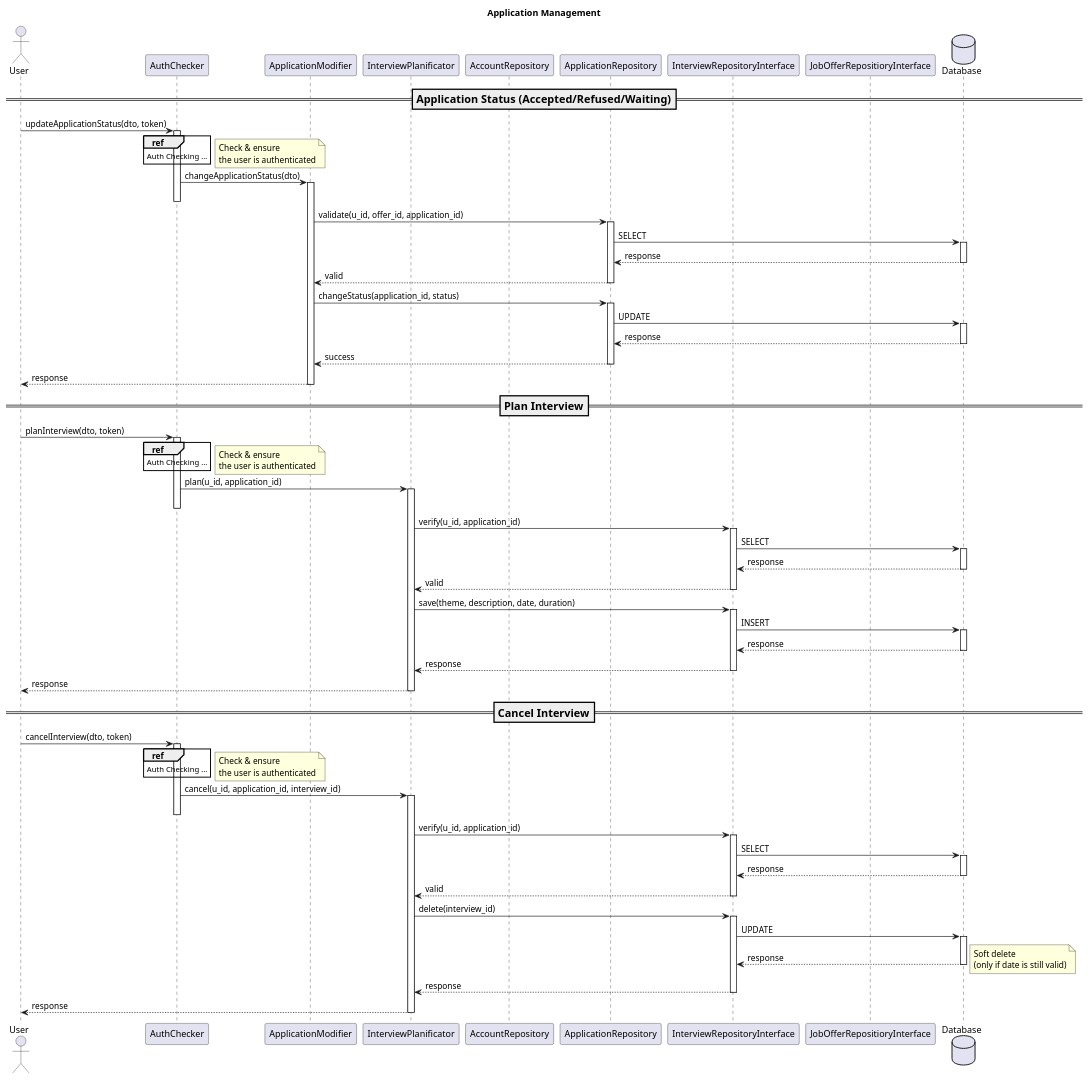
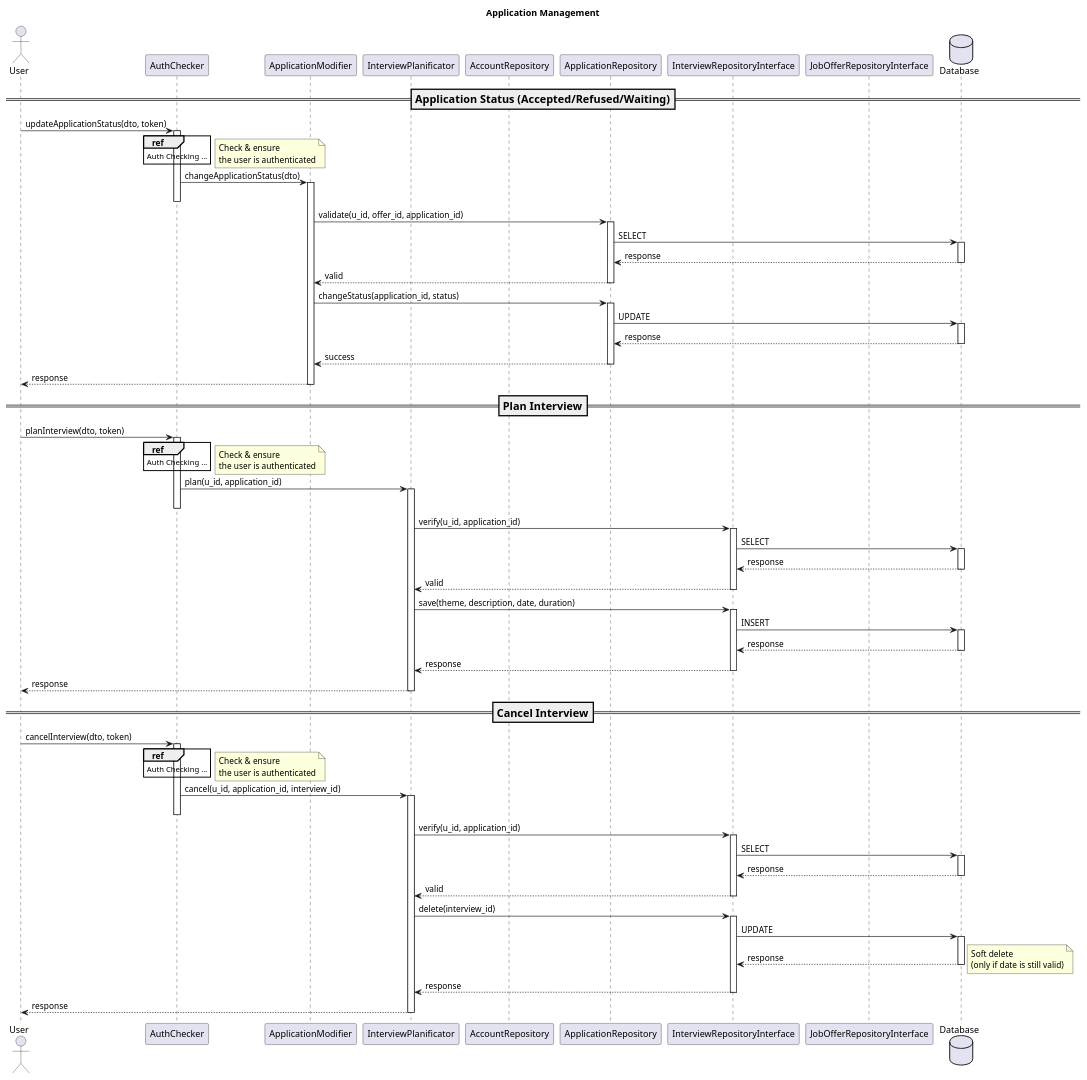
Before and after one commit to Spriggan-Team/HiringForge: the diagram in backend/ressources/modeling/sequences/application.management.puml, drawn with PlantUML. The commit also changed 44 other files, not shown here.

```diff
--- a/backend/ressources/modeling/sequences/application.management.puml
+++ b/backend/ressources/modeling/sequences/application.management.puml
@@ -1,165 +1,165 @@
 @startuml
 
 title Application Management
 
 actor User
 participant AuthChecker 
 
 participant ApplicationModifier
 participant InterviewPlanificator
 participant AccountRepository
 
 participant ApplicationRepository
 participant InterviewRepositoryInterface
-participant JobOfferRepositioryInterface
+participant JobOfferRepositoryInterface
 database Database
 
 === Application Status (Accepted/Refused/Waiting) ==
 
 'Auth checking
 User -> AuthChecker : updateApplicationStatus(dto, token)
 ref over AuthChecker
     Auth Checking ...
 end ref
 activate AuthChecker
 
 note right
     Check & ensure 
     the user is authenticated
 end note
 
 'Usecase
 AuthChecker -> ApplicationModifier: changeApplicationStatus(dto)
 activate ApplicationModifier
 deactivate AuthChecker
 
 'Validation
 ApplicationModifier -> ApplicationRepository: validate(u_id, offer_id, application_id)
 activate ApplicationRepository
 
 ApplicationRepository -> Database : SELECT
 activate Database
 Database --> ApplicationRepository : response
 deactivate Database
 
 ApplicationRepository --> ApplicationModifier : valid
 deactivate ApplicationRepository
 
 'Change Status
 ApplicationModifier -> ApplicationRepository : changeStatus(application_id, status)
 activate ApplicationRepository
 
 ApplicationRepository -> Database : UPDATE
 activate Database
 Database --> ApplicationRepository : response
 deactivate Database
 
 'User response
 ApplicationRepository --> ApplicationModifier : success
 deactivate ApplicationRepository
 
 ApplicationModifier --> User : response
 deactivate ApplicationModifier
 
 
 === Plan Interview ==
 
 'Auth checking
 User -> AuthChecker : planInterview(dto, token)
 ref over AuthChecker
     Auth Checking ...
 end ref
 activate AuthChecker
 
 note right
     Check & ensure 
     the user is authenticated
 end note
 
 'Usecase
 AuthChecker -> InterviewPlanificator : plan(u_id, application_id)
 activate InterviewPlanificator
 deactivate AuthChecker
 
 'Verification
 InterviewPlanificator -> InterviewRepositoryInterface : verify(u_id, application_id) 
 activate InterviewRepositoryInterface
 
 InterviewRepositoryInterface -> Database : SELECT
 activate Database
 Database --> InterviewRepositoryInterface : response
 deactivate Database
 
 InterviewRepositoryInterface --> InterviewPlanificator : valid
 deactivate InterviewRepositoryInterface
 
 'Save interview
 InterviewPlanificator -> InterviewRepositoryInterface : save(theme, description, date, duration)
 activate InterviewRepositoryInterface
 
 InterviewRepositoryInterface -> Database : INSERT
 activate Database
 Database --> InterviewRepositoryInterface : response
 deactivate Database
 
 'User response
 InterviewRepositoryInterface --> InterviewPlanificator : response
 deactivate InterviewRepositoryInterface
 
 InterviewPlanificator --> User : response
 deactivate InterviewPlanificator
 
 
 === Cancel Interview ==
 
 'Auth checking
 User -> AuthChecker : cancelInterview(dto, token)
 ref over AuthChecker
     Auth Checking ...
 end ref
 activate AuthChecker
 
 note right
     Check & ensure 
     the user is authenticated
 end note
 
 'Usecase
 AuthChecker -> InterviewPlanificator : cancel(u_id, application_id, interview_id)
 activate InterviewPlanificator
 deactivate AuthChecker
 
 'Verification
 InterviewPlanificator -> InterviewRepositoryInterface : verify(u_id, application_id) 
 activate InterviewRepositoryInterface
 
 InterviewRepositoryInterface -> Database : SELECT
 activate Database
 Database --> InterviewRepositoryInterface : response
 deactivate Database
 
 InterviewRepositoryInterface --> InterviewPlanificator : valid
 deactivate InterviewRepositoryInterface
 
 'Soft delete
 InterviewPlanificator -> InterviewRepositoryInterface : delete(interview_id)
 activate InterviewRepositoryInterface
 
 InterviewRepositoryInterface -> Database : UPDATE
 activate Database
 Database --> InterviewRepositoryInterface : response
 deactivate Database
 
 note right
     Soft delete 
     (only if date is still valid)
 end note
 
 'User response
 InterviewRepositoryInterface --> InterviewPlanificator : response
 deactivate InterviewRepositoryInterface
 
 InterviewPlanificator --> User : response
 deactivate InterviewPlanificator
 
 @enduml
```
